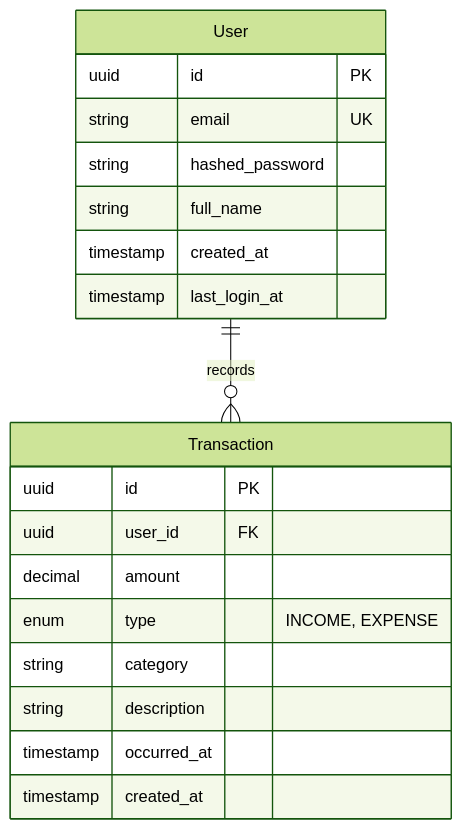
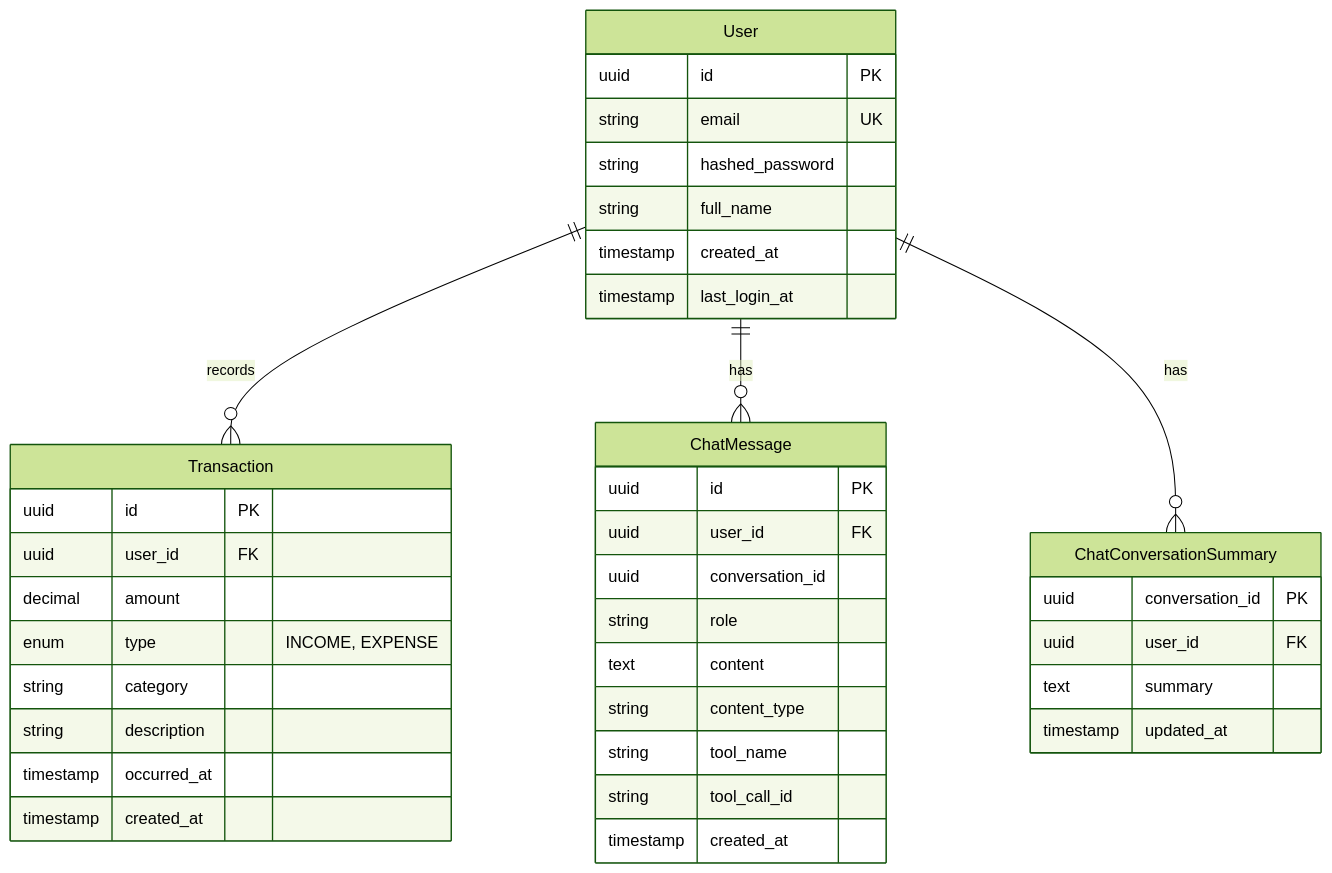
Before and after one commit to welingtoncruz/ze-finance: the second of 2 diagrams in TECHNICAL_DOCUMENTATION.md, drawn with Mermaid (forest theme). The commit also changed other lines of this file and 165 other files, not shown here.

````diff
--- a/TECHNICAL_DOCUMENTATION.md
+++ b/TECHNICAL_DOCUMENTATION.md
@@ -88,24 +94,45 @@
 ```mermaid
 erDiagram
   User ||--o{ Transaction : "records"
+  User ||--o{ ChatMessage : "has"
+  User ||--o{ ChatConversationSummary : "has"
 
   User {
     uuid id PK
     string email UK
     string hashed_password
     string full_name
     timestamp created_at
     timestamp last_login_at
   }
 
   Transaction {
     uuid id PK
     uuid user_id FK
     decimal amount
     enum type "INCOME, EXPENSE"
     string category
     string description
     timestamp occurred_at
     timestamp created_at
   }
+
+  ChatMessage {
+    uuid id PK
+    uuid user_id FK
+    uuid conversation_id
+    string role
+    text content
+    string content_type
+    string tool_name
+    string tool_call_id
+    timestamp created_at
+  }
+
+  ChatConversationSummary {
+    uuid conversation_id PK
+    uuid user_id FK
+    text summary
+    timestamp updated_at
+  }
 ```
````
